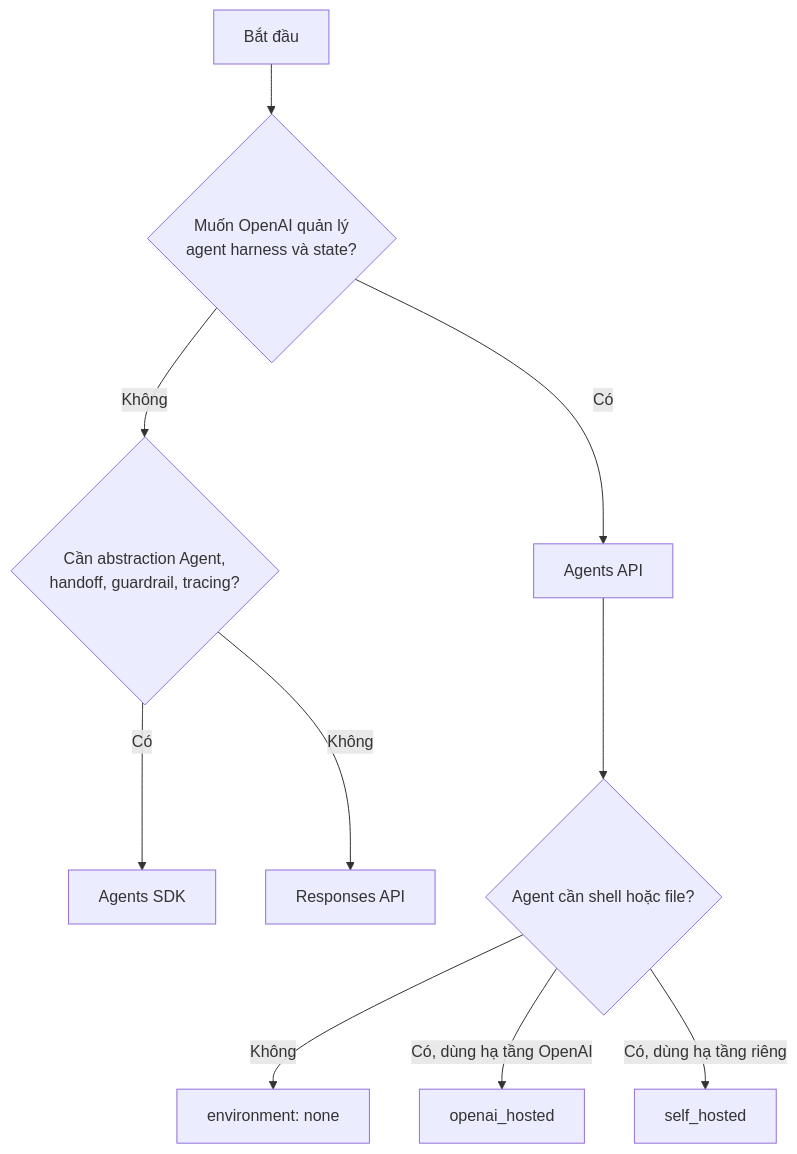
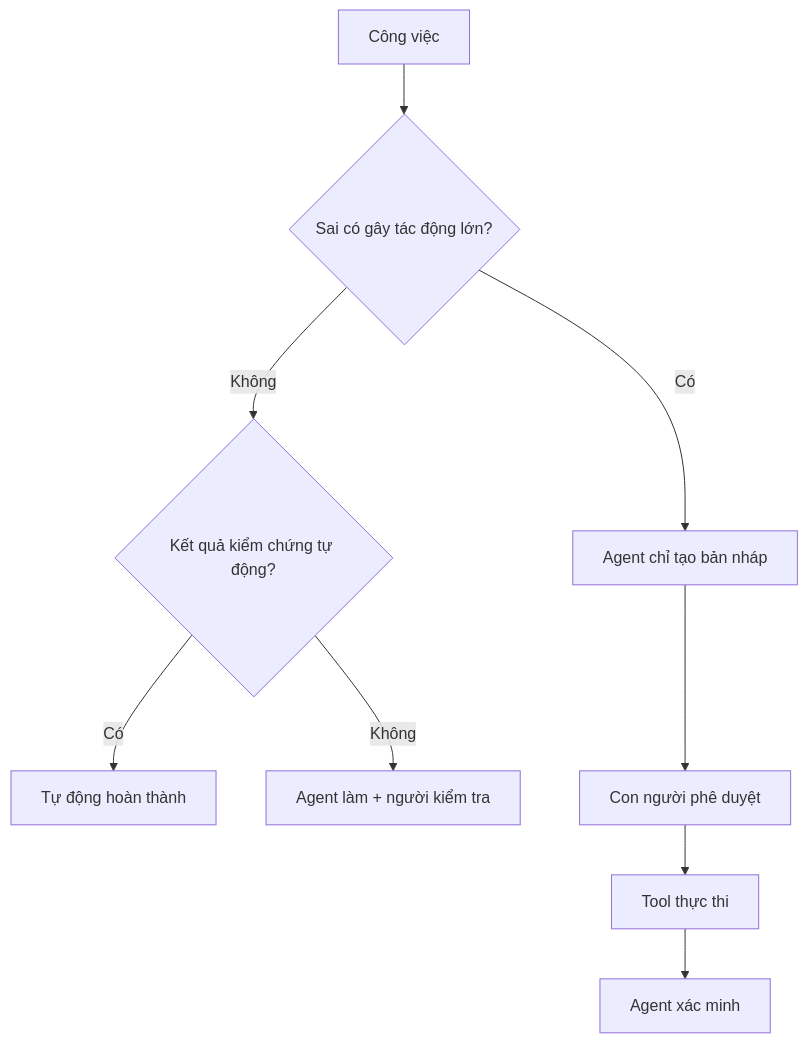
One commit to huynv-xyz/vhm changed the third of 12 diagrams in OPENAI_AGENTS_GUIDE_VI.md. Above: the diagram before and after it, drawn with Mermaid. The commit also changed other lines of this file, not shown here.

````diff
--- a/OPENAI_AGENTS_GUIDE_VI.md
+++ b/OPENAI_AGENTS_GUIDE_VI.md
@@ -71,12 +103,11 @@
 ```mermaid
 flowchart TD
-    S[Bắt đầu] --> Q1{Muốn OpenAI quản lý<br/>agent harness và state?}
-    Q1 -- Có --> API[Agents API]
-    Q1 -- Không --> Q2{Cần abstraction Agent,<br/>handoff, guardrail, tracing?}
-    Q2 -- Có --> SDK[Agents SDK]
-    Q2 -- Không --> RESP[Responses API]
-    API --> Q3{Agent cần shell hoặc file?}
-    Q3 -- Không --> NONE[environment: none]
-    Q3 -- Có, dùng hạ tầng OpenAI --> HOSTED[openai_hosted]
-    Q3 -- Có, dùng hạ tầng riêng --> SELF[self_hosted]
+    W[Công việc] --> R{Sai có gây tác động lớn?}
+    R -- Không --> V{Kết quả kiểm chứng tự động?}
+    V -- Có --> AUTO[Tự động hoàn thành]
+    V -- Không --> REVIEW[Agent làm + người kiểm tra]
+    R -- Có --> DRAFT[Agent chỉ tạo bản nháp]
+    DRAFT --> APPROVE[Con người phê duyệt]
+    APPROVE --> EXEC[Tool thực thi]
+    EXEC --> VERIFY[Agent xác minh]
 ```
````
